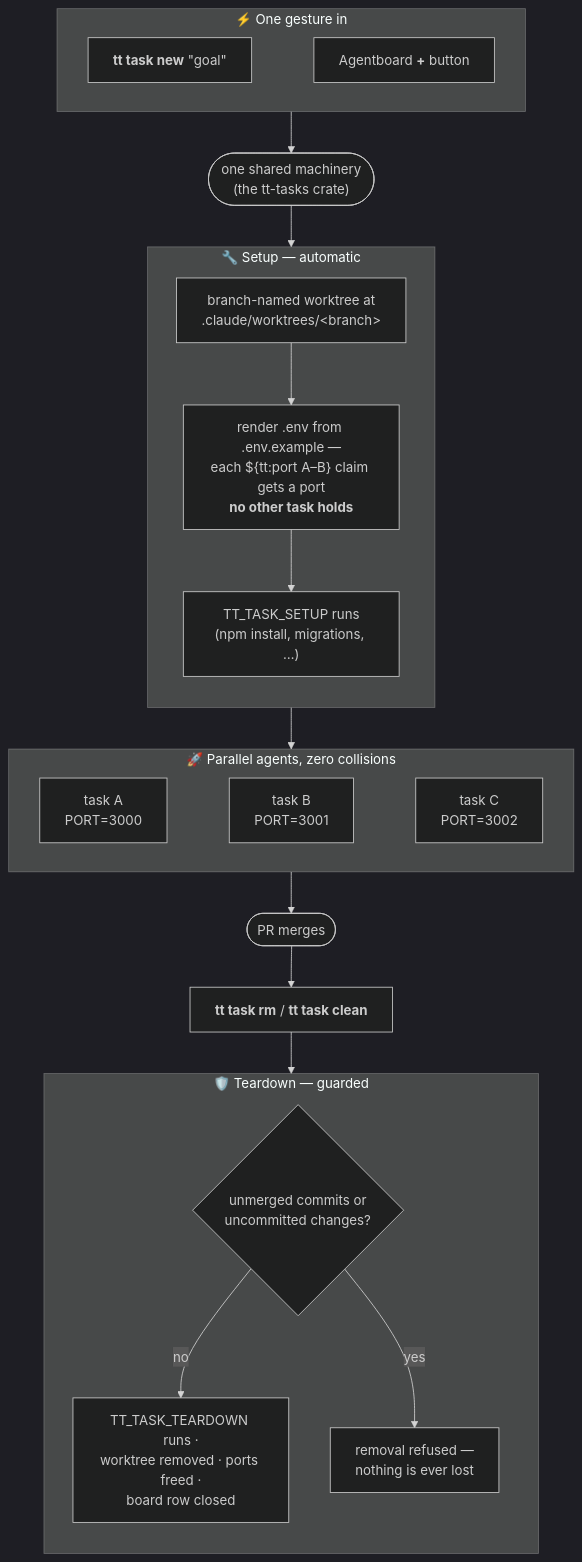
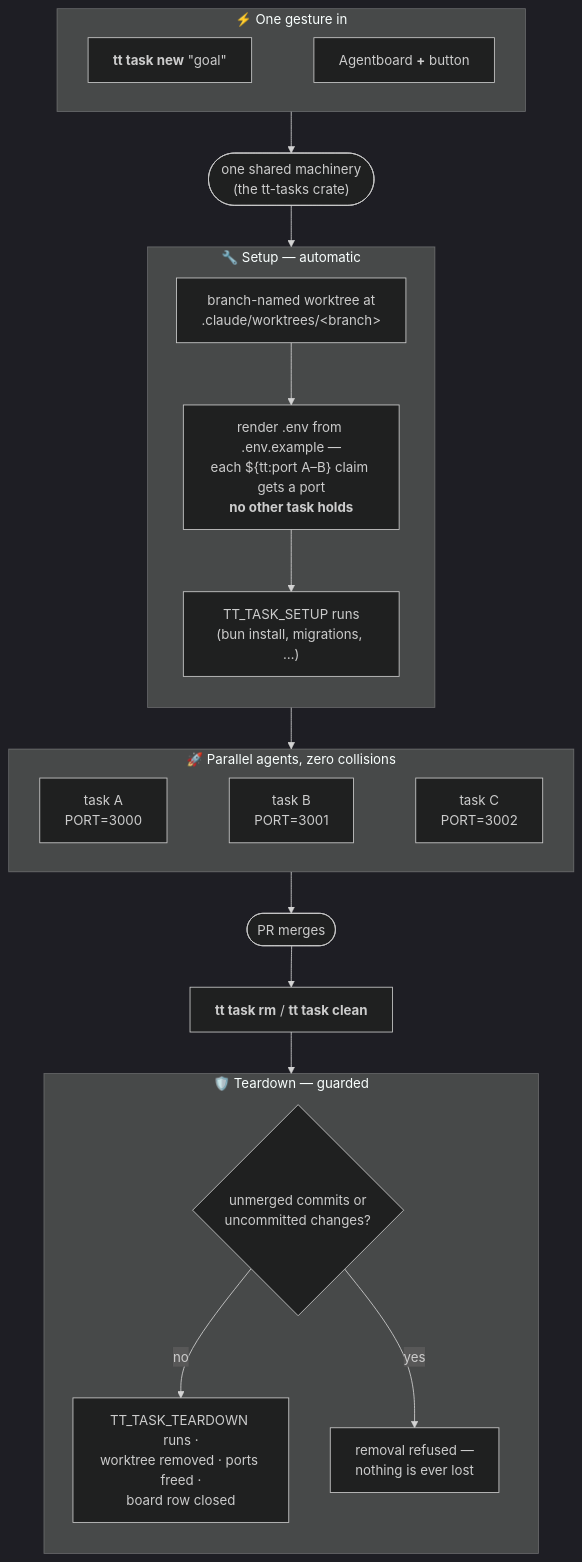
Before and after one commit to ChrisTowles/towles-tool: the diagram in docs/TASKS-GUIDE.md, drawn with Mermaid (dark theme). The commit also changed 39 other files, not shown here.

Commit message:
build: bun replaces npm as package manager and script runner (#602)

````diff
--- a/docs/TASKS-GUIDE.md
+++ b/docs/TASKS-GUIDE.md
@@ -18,43 +18,43 @@
 ```mermaid
 flowchart TB
     subgraph gesture["⚡ One gesture in"]
         direction LR
         CLI["<b>tt task new</b> &quot;goal&quot;"]
         APP["Agentboard <b>+</b> button"]
         CLI ~~~ APP
     end
 
     gesture --> OPS(["one shared machinery<br/>(the tt-tasks crate)"])
     OPS --> setup
 
     subgraph setup["🔧 Setup — automatic"]
         direction TB
         WT["branch-named worktree at<br/>.claude/worktrees/&lt;branch&gt;"]
         ENV["render .env from .env.example —<br/>each #36;#123;tt:port A–B#125; claim gets a port<br/><b>no other task holds</b>"]
-        DEP["TT_TASK_SETUP runs<br/>(npm install, migrations, …)"]
+        DEP["TT_TASK_SETUP runs<br/>(bun install, migrations, …)"]
         WT --> ENV --> DEP
     end
 
     setup --> fleet
 
     subgraph fleet["🚀 Parallel agents, zero collisions"]
         direction LR
         T1["task A<br/>PORT=3000"]
         T2["task B<br/>PORT=3001"]
         T3["task C<br/>PORT=3002"]
         T1 ~~~ T2 ~~~ T3
     end
 
     fleet --> MERGE(["PR merges"])
     MERGE --> RMCMD["<b>tt task rm</b> / <b>tt task clean</b>"]
     RMCMD --> teardown
 
     subgraph teardown["🛡️ Teardown — guarded"]
         direction TB
         GUARD{"unmerged commits or<br/>uncommitted changes?"}
         SAFE["TT_TASK_TEARDOWN runs ·<br/>worktree removed · ports freed ·<br/>board row closed"]
         BLOCK["removal refused —<br/>nothing is ever lost"]
         GUARD -- "no" --> SAFE
         GUARD -- "yes" --> BLOCK
     end
 ```
````
